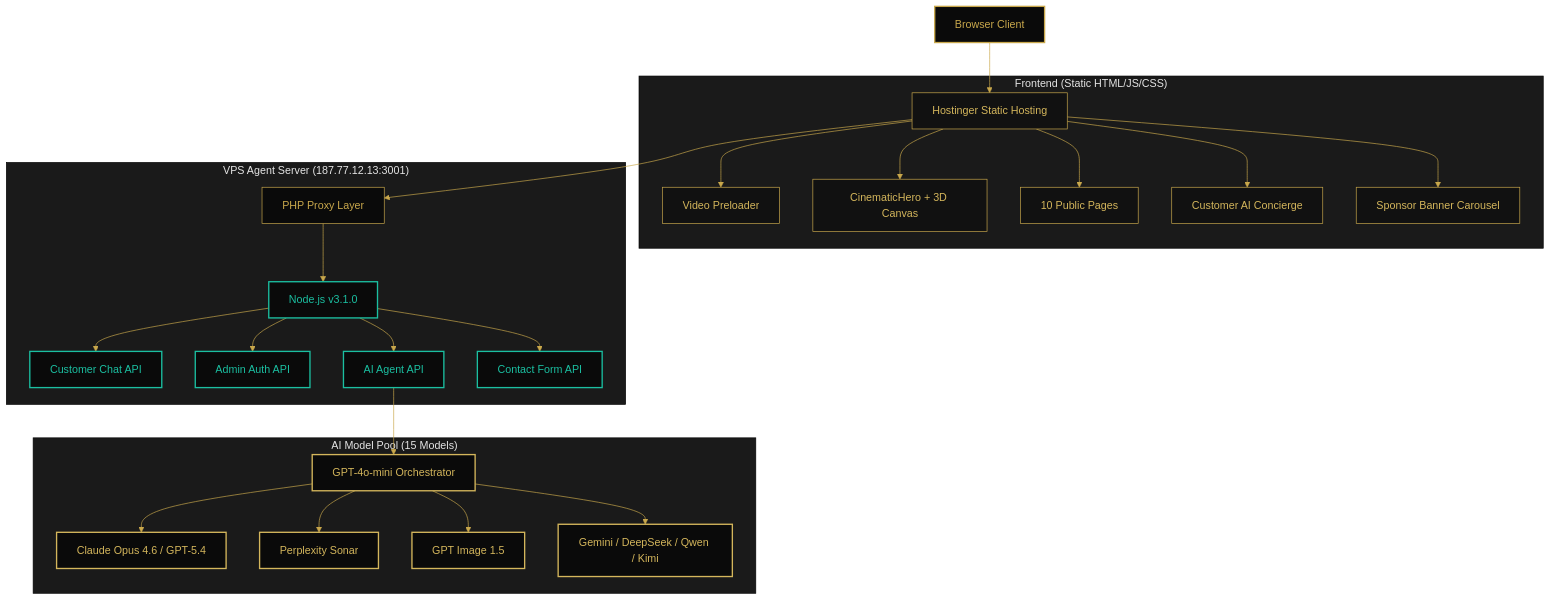
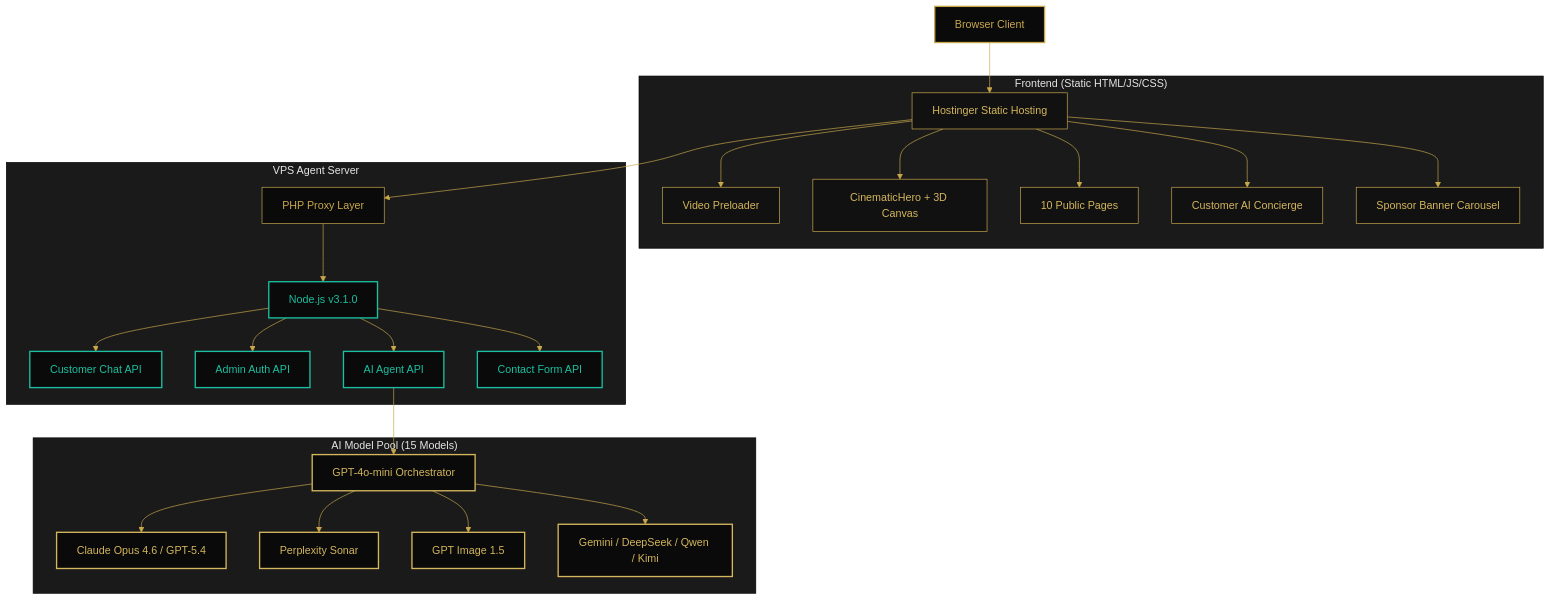
The first of 3 diagrams in README.md (Victordtesla24/abentertainment), drawn with Mermaid before and after one commit. The commit also changed other lines of this file, not shown here.

First line of the commit message:
security: remove all credentials and server IPs from README

````diff
--- a/README.md
+++ b/README.md
@@ -89,36 +89,36 @@
 ```mermaid
 %%{init: {'theme': 'base', 'themeVariables': { 'primaryColor': '#0A0A0A', 'primaryTextColor': '#C9A84C', 'primaryBorderColor': '#C9A84C', 'lineColor': '#C9A84C', 'secondaryColor': '#111111', 'tertiaryColor': '#1A1A1A'}}}%%
 flowchart TD
     classDef client fill:#0A0A0A,stroke:#C9A84C,stroke-width:2px,color:#C9A84C;
     classDef server fill:#111111,stroke:#C9A84C,stroke-width:1px,color:#D4B65C;
     classDef vps fill:#0A0A0A,stroke:#1BBFA1,stroke-width:2px,color:#1BBFA1;
     classDef external fill:#0A0A0A,stroke:#D4B65C,stroke-width:2px,color:#D4B65C;
 
     BROWSER["Browser Client"]:::client --> HOSTINGER["Hostinger Static Hosting"]:::server
 
     subgraph Frontend["Frontend (Static HTML/JS/CSS)"]
         HOSTINGER --> PRELOADER["Video Preloader"]:::server
         HOSTINGER --> HERO["CinematicHero + 3D Canvas"]:::server
         HOSTINGER --> PAGES["10 Public Pages"]:::server
         HOSTINGER --> CHATWIDGET["Customer AI Concierge"]:::server
         HOSTINGER --> SPONSORS["Sponsor Banner Carousel"]:::server
     end
 
-    subgraph Backend["VPS Agent Server (187.77.12.13:3001)"]
+    subgraph Backend["VPS Agent Server"]
         PHP["PHP Proxy Layer"] --> NODE["Node.js v3.1.0"]:::vps
         NODE --> CHAT["Customer Chat API"]:::vps
         NODE --> AUTH["Admin Auth API"]:::vps
         NODE --> AGENT["AI Agent API"]:::vps
         NODE --> CONTACT["Contact Form API"]:::vps
     end
 
     subgraph AI["AI Model Pool (15 Models)"]
         AGENT --> ORCHESTRATOR["GPT-4o-mini Orchestrator"]:::external
         ORCHESTRATOR --> PREMIUM["Claude Opus 4.6 / GPT-5.4"]:::external
         ORCHESTRATOR --> RESEARCH["Perplexity Sonar"]:::external
         ORCHESTRATOR --> IMAGE["GPT Image 1.5"]:::external
         ORCHESTRATOR --> OTHER["Gemini / DeepSeek / Qwen / Kimi"]:::external
     end
 
     HOSTINGER --> PHP
 ```
````
